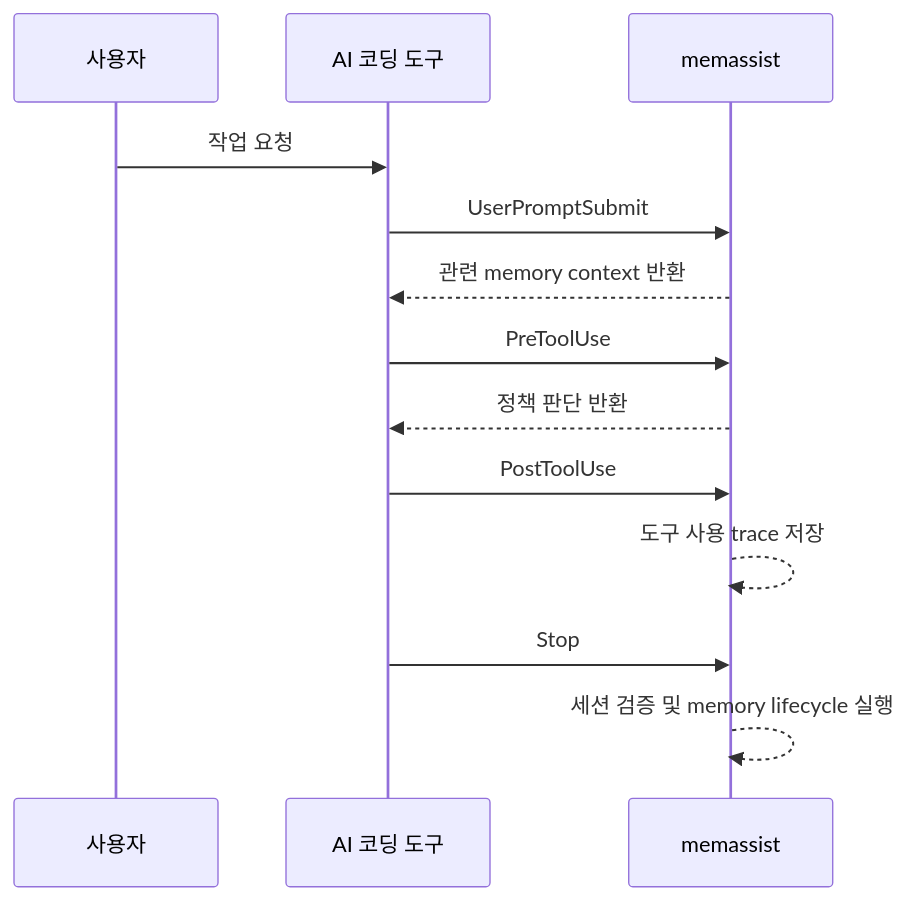
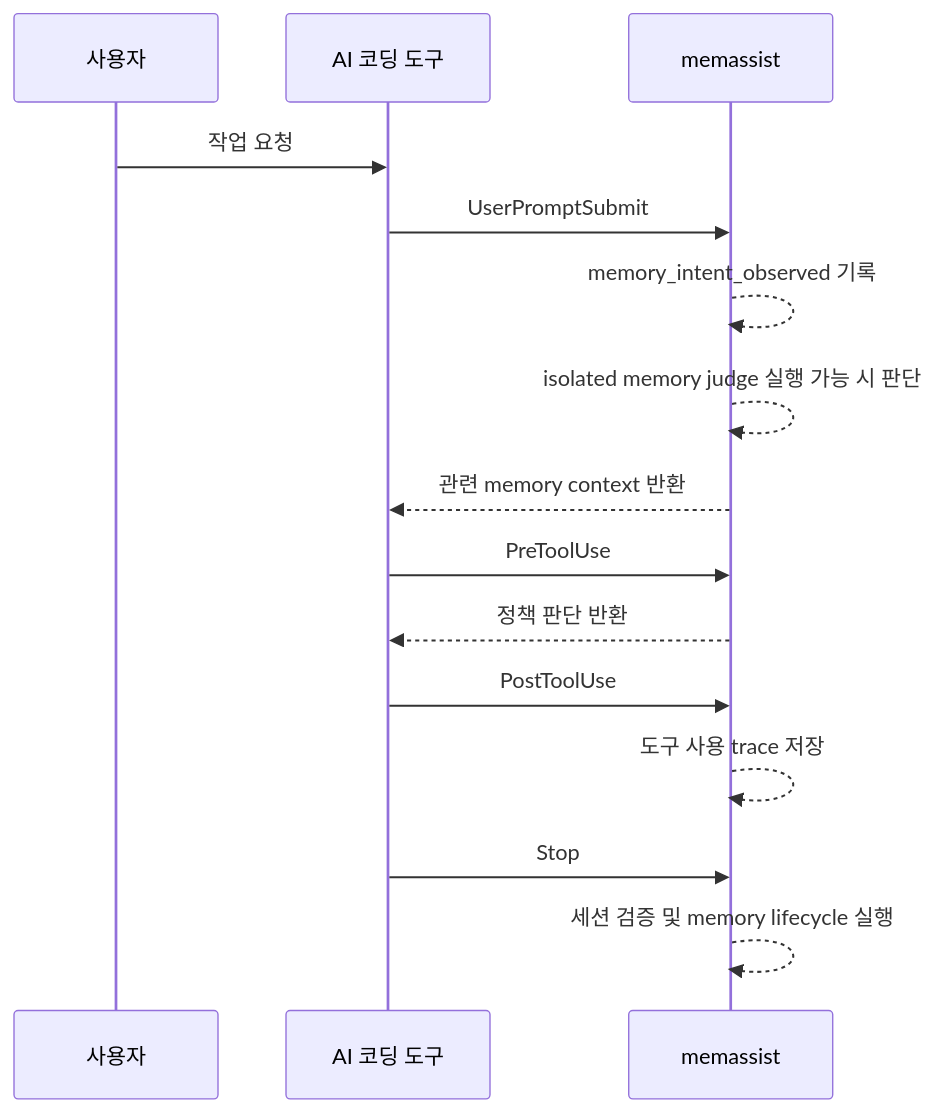
The second of 8 diagrams in README.md (lteawoo/MemAssist), drawn with Mermaid before and after one commit. The commit also changed other lines of this file and 53 other files, not shown here.

````diff
--- a/README.md
+++ b/README.md
@@ -122,16 +126,18 @@
 ```mermaid
 sequenceDiagram
     participant U as 사용자
     participant A as AI 코딩 도구
     participant M as memassist
 
     U->>A: 작업 요청
     A->>M: UserPromptSubmit
+    M-->>M: memory_intent_observed 기록
+    M-->>M: isolated memory judge 실행 가능 시 판단
     M-->>A: 관련 memory context 반환
     A->>M: PreToolUse
     M-->>A: 정책 판단 반환
     A->>M: PostToolUse
     M-->>M: 도구 사용 trace 저장
     A->>M: Stop
     M-->>M: 세션 검증 및 memory lifecycle 실행
 ```
````
